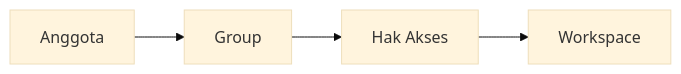
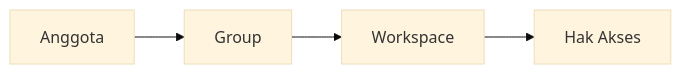
One commit to ginalne/phoenix-docs changed the diagram in Docs/Modul Developer/Group/Apa itu Group.md. Above: the diagram before and after it, drawn with Mermaid (base theme). The commit also changed other lines of this file, not shown here.

````diff
--- a/Docs/Modul Developer/Group/Apa itu Group.md
+++ b/Docs/Modul Developer/Group/Apa itu Group.md
@@ -35,6 +33,6 @@
 ```mermaid
 flowchart LR
     A[Anggota] --> B[Group]
-    B --> C[Hak Akses]
-    C --> D[Workspace]
+    B --> C[Workspace]
+    C --> D[Hak Akses]
 ```
````
